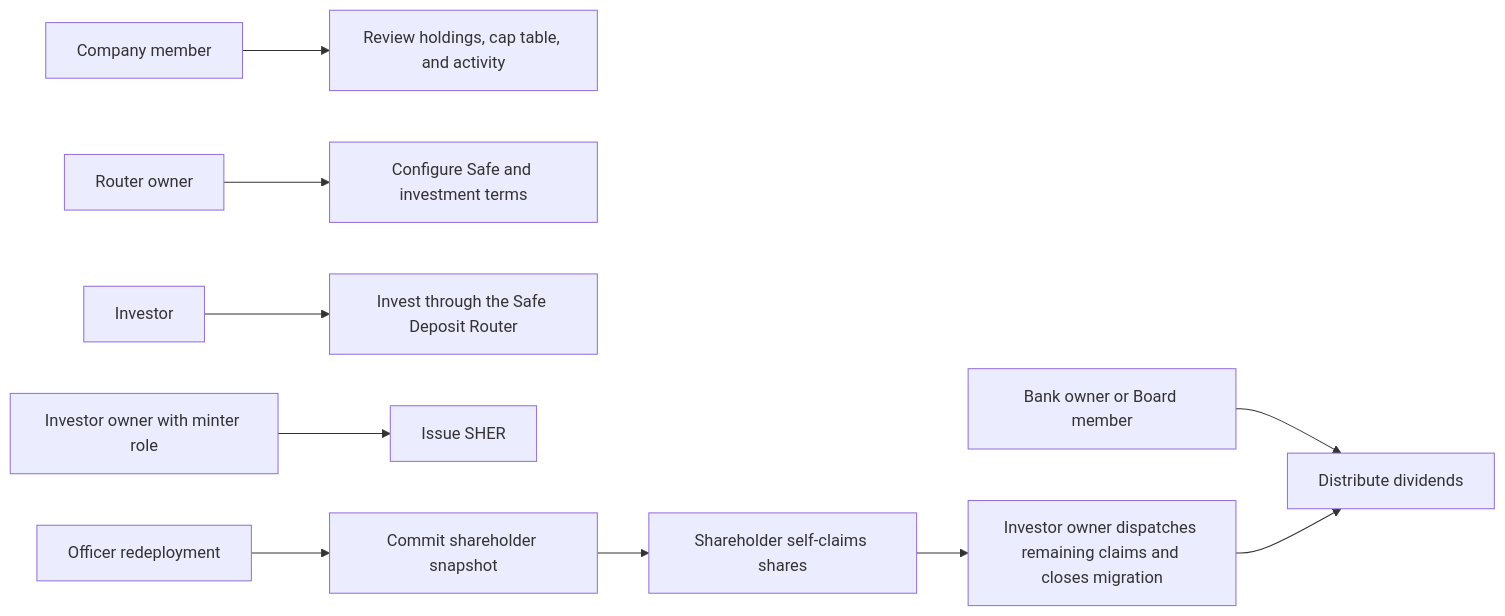
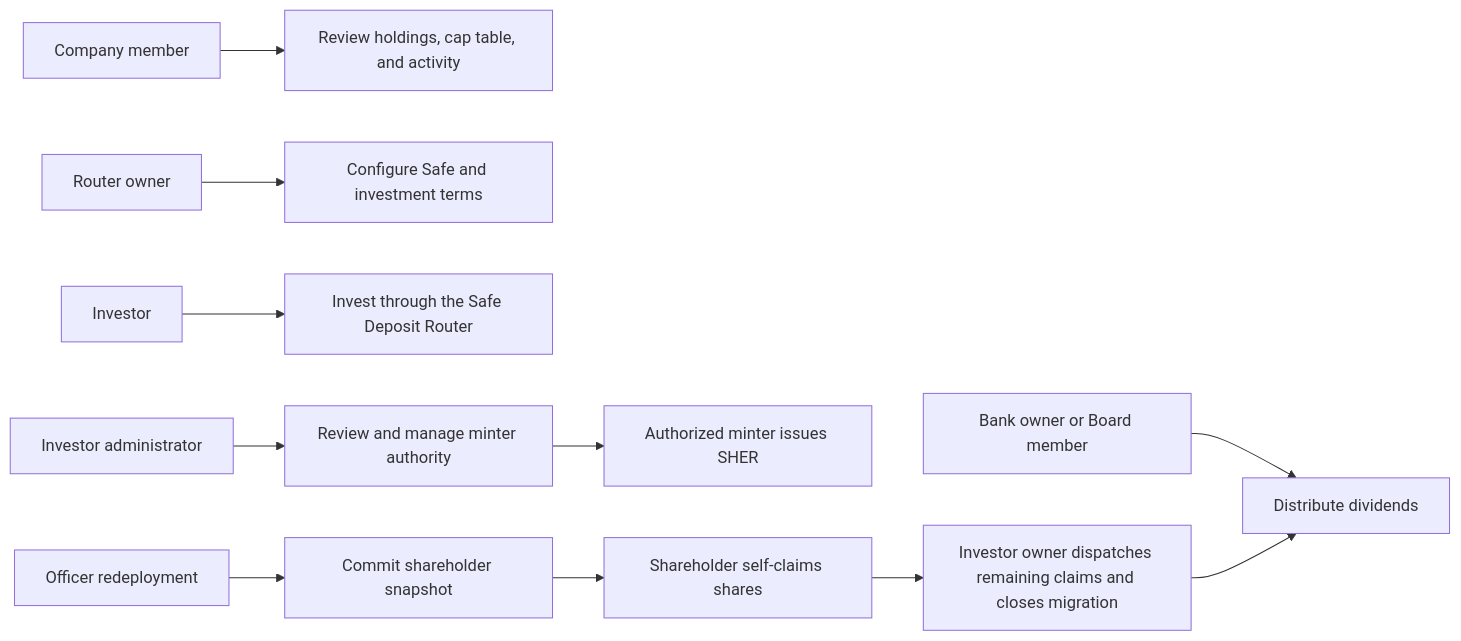
Before and after one commit to globe-and-citizen/cnc-portal: the diagram in docs/features/shareholder-management/README.md, drawn with Mermaid. The commit also changed other lines of this file and 6 other files, not shown here.

````diff
--- a/docs/features/shareholder-management/README.md
+++ b/docs/features/shareholder-management/README.md
@@ -42,13 +45,14 @@
 ```mermaid
 flowchart LR
     Member[Company member] --> Review[Review holdings, cap table, and activity]
     RouterOwner[Router owner] --> Configure[Configure Safe and investment terms]
     Investor[Investor] --> Invest[Invest through the Safe Deposit Router]
-    InvestorOwner[Investor owner with minter role] --> Issue[Issue SHER]
+    InvestorAdmin[Investor administrator] --> Permissions[Review and manage minter authority]
+    Permissions --> Issue[Authorized minter issues SHER]
     BankOwner[Bank owner or Board member] --> Dividend[Distribute dividends]
 
     Redeploy[Officer redeployment] --> Snapshot[Commit shareholder snapshot]
     Snapshot --> Claim[Shareholder self-claims shares]
     Claim --> Settle[Investor owner dispatches remaining claims and closes migration]
     Settle --> Dividend
 ```
````
